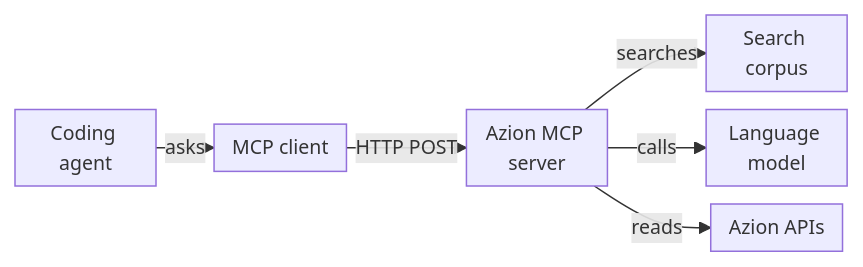
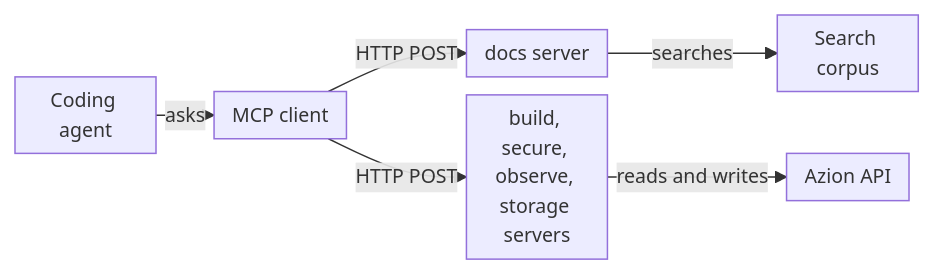
The diagram in src/content/docs/en/pages/devtools/mcp/mcp-how-it-works.mdx (aziontech/docs), drawn with Mermaid before and after one commit. The commit also changed other lines of this file and 50 other files, not shown here.

First line of the commit message:
docs(mcp): move the MCP docs to the five domain MCP servers

````diff
--- a/src/content/docs/en/pages/devtools/mcp/mcp-how-it-works.mdx
+++ b/src/content/docs/en/pages/devtools/mcp/mcp-how-it-works.mdx
@@ -26,9 +26,9 @@
 ```mermaid
 %%{init: {"layout": "dagre", "themeVariables": {"fontSize": "13px"}, "flowchart": {"nodeSpacing": 12, "rankSpacing": 12, "padding": 6, "wrappingWidth": 70, "minNodeWidth": 40, "useMaxWidth": true}}}%%
 flowchart LR
   Agent["Coding agent"] -->|"asks"| Client["MCP client"]
-  Client -->|"HTTP POST"| Server["Azion MCP server"]
-  Server -->|"searches"| Corpus["Search corpus"]
-  Server -->|"calls"| Model["Language model"]
-  Server -->|"reads"| Api["Azion APIs"]
+  Client -->|"HTTP POST"| Docs["docs server"]
+  Client -->|"HTTP POST"| Domain["build, secure, observe, storage servers"]
+  Docs -->|"searches"| Corpus["Search corpus"]
+  Domain -->|"reads and writes"| Api["Azion API"]
 ```
````
